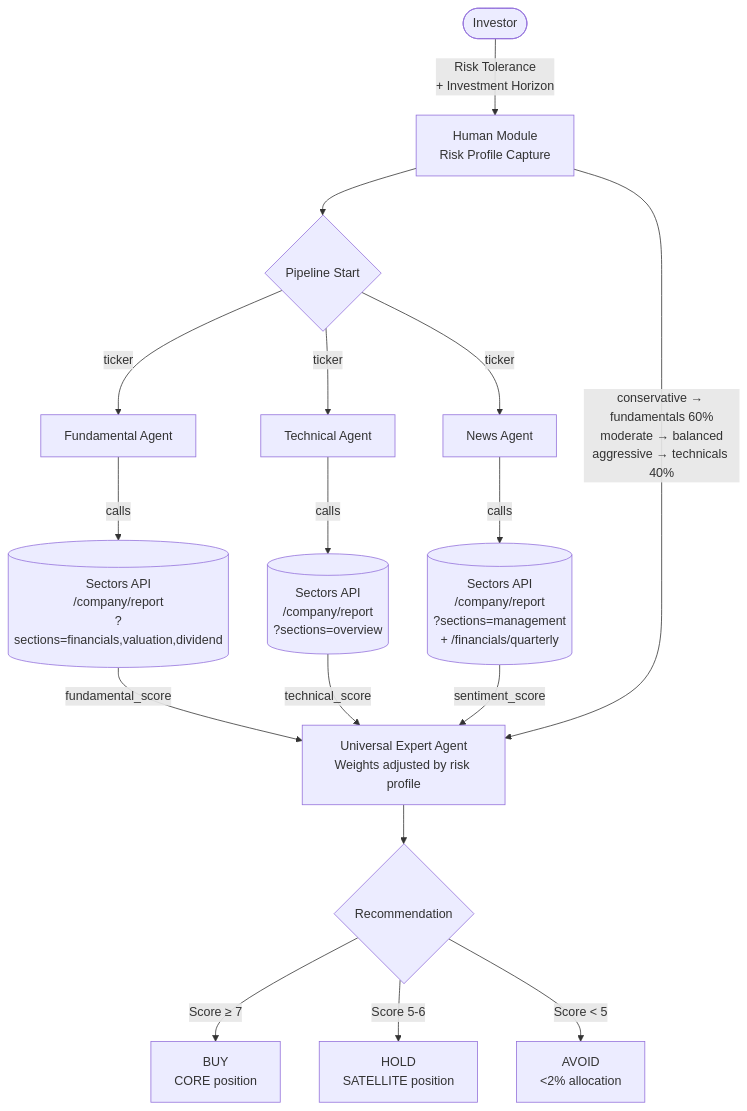
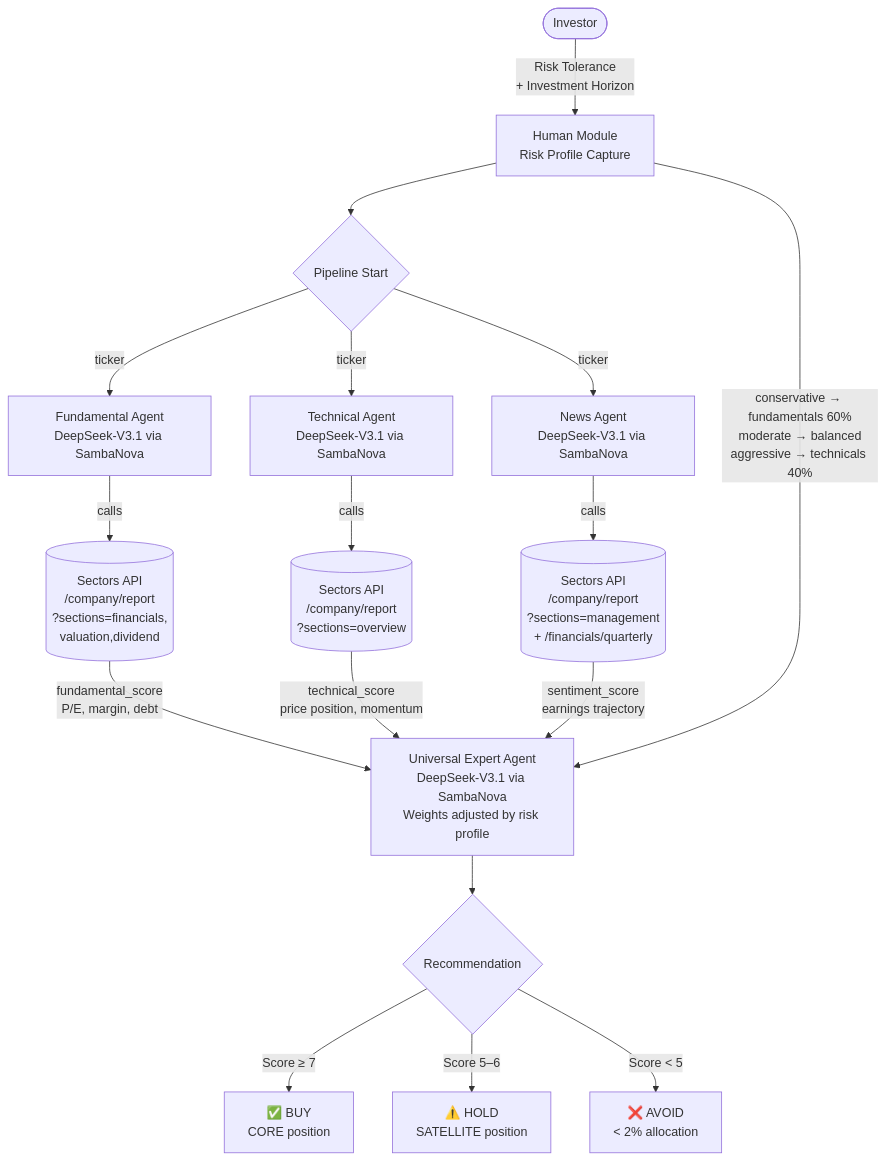
Before and after one commit to mrayhanfadil/sectors-hackathon: the diagram in references/recipes/human-agent-framework.md, drawn with Mermaid. The commit also changed other lines of this file, not shown here.

First line of the commit message:
docs(recipes): expand human-agent-framework — full FinArena walkthrough

````diff
--- a/references/recipes/human-agent-framework.md
+++ b/references/recipes/human-agent-framework.md
@@ -22,20 +18,20 @@
 ```mermaid
 flowchart TD
     A([Investor]) -->|"Risk Tolerance<br/>+ Investment Horizon"| B[Human Module<br/>Risk Profile Capture]
     B --> C{Pipeline Start}
-    C -->|ticker| D[Fundamental Agent]
-    C -->|ticker| E[Technical Agent]
-    C -->|ticker| F[News Agent]
-    D -->|calls| D1[(Sectors API<br/>/company/report<br/>?sections=financials,valuation,dividend)]
-    E -->|calls| E1[(Sectors API<br/>/company/report<br/>?sections=overview)]
-    F -->|calls| F1[(Sectors API<br/>/company/report<br/>?sections=management<br/>+ /financials/quarterly)]
-    D1 -->|fundamental_score| G
-    E1 -->|technical_score| G
-    F1 -->|sentiment_score| G
-    G[Universal Expert Agent<br/>Weights adjusted by risk profile]
-    B -->|conservative → fundamentals 60%<br/>moderate → balanced<br/>aggressive → technicals 40%| G
+    C -->|ticker| D[Fundamental Agent<br/>DeepSeek-V3.1 via SambaNova]
+    C -->|ticker| E[Technical Agent<br/>DeepSeek-V3.1 via SambaNova]
+    C -->|ticker| F[News Agent<br/>DeepSeek-V3.1 via SambaNova]
+    D -->|"calls"| D1[(Sectors API<br/>/company/report<br/>?sections=financials,<br/>valuation,dividend)]
+    E -->|"calls"| E1[(Sectors API<br/>/company/report<br/>?sections=overview)]
+    F -->|"calls"| F1[(Sectors API<br/>/company/report<br/>?sections=management<br/>+ /financials/quarterly)]
+    D1 -->|"fundamental_score<br/>P/E, margin, debt"| G
+    E1 -->|"technical_score<br/>price position, momentum"| G
+    F1 -->|"sentiment_score<br/>earnings trajectory"| G
+    G[Universal Expert Agent<br/>DeepSeek-V3.1 via SambaNova<br/>Weights adjusted by risk profile]
+    B -->|"conservative → fundamentals 60%<br/>moderate → balanced<br/>aggressive → technicals 40%"| G
     G --> H{Recommendation}
-    H -->|Score ≥ 7| I[BUY<br/>CORE position]
-    H -->|Score 5-6| J[HOLD<br/>SATELLITE position]
-    H -->|Score < 5| K[AVOID<br/><2% allocation]
+    H -->|Score ≥ 7| I[✅ BUY<br/>CORE position]
+    H -->|Score 5–6| J[⚠️ HOLD<br/>SATELLITE position]
+    H -->|Score < 5| K[❌ AVOID<br/>< 2% allocation]
 ```
````
